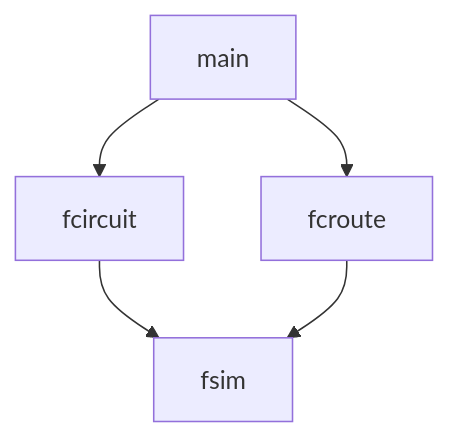
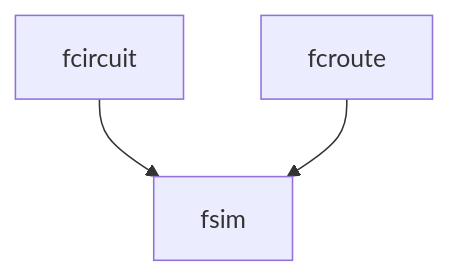
The diagram in &hacks/Specification/Naive architectural overview.md (Roboticy3/flex_logic), drawn with Mermaid before and after one commit. The commit also changed other lines of this file and 4 other files, not shown here.

````diff
--- a/&hacks/Specification/Naive architectural overview.md
+++ b/&hacks/Specification/Naive architectural overview.md
@@ -3,7 +3,5 @@
 ```mermaid
 graph TD
-main --> fcircuit
-main --> fcroute
 fcircuit --> fsim
 fcroute --> fsim
 ```
````
